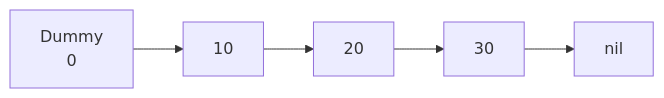
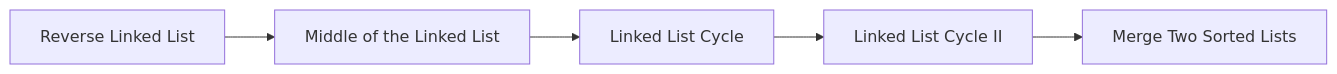
The fifth of 16 diagrams in docs/datastructures/linked-list.md (9999dude/omega), drawn with Mermaid before and after one commit. The commit also changed other lines of this file and 58 other files, not shown here.

````diff
--- a/docs/datastructures/linked-list.md
+++ b/docs/datastructures/linked-list.md
@@ -1008,7 +139,8 @@
 ```mermaid
 flowchart LR
-    D["Dummy<br/>0"] --> A["10"]
-    A --> B["20"]
-    B --> C["30"]
-    C --> N["nil"]
+    Q0["Reverse Linked List"]
+    Q0 --> Q1["Middle of the Linked List"]
+    Q1 --> Q2["Linked List Cycle"]
+    Q2 --> Q3["Linked List Cycle II"]
+    Q3 --> Q4["Merge Two Sorted Lists"]
 ```
````
